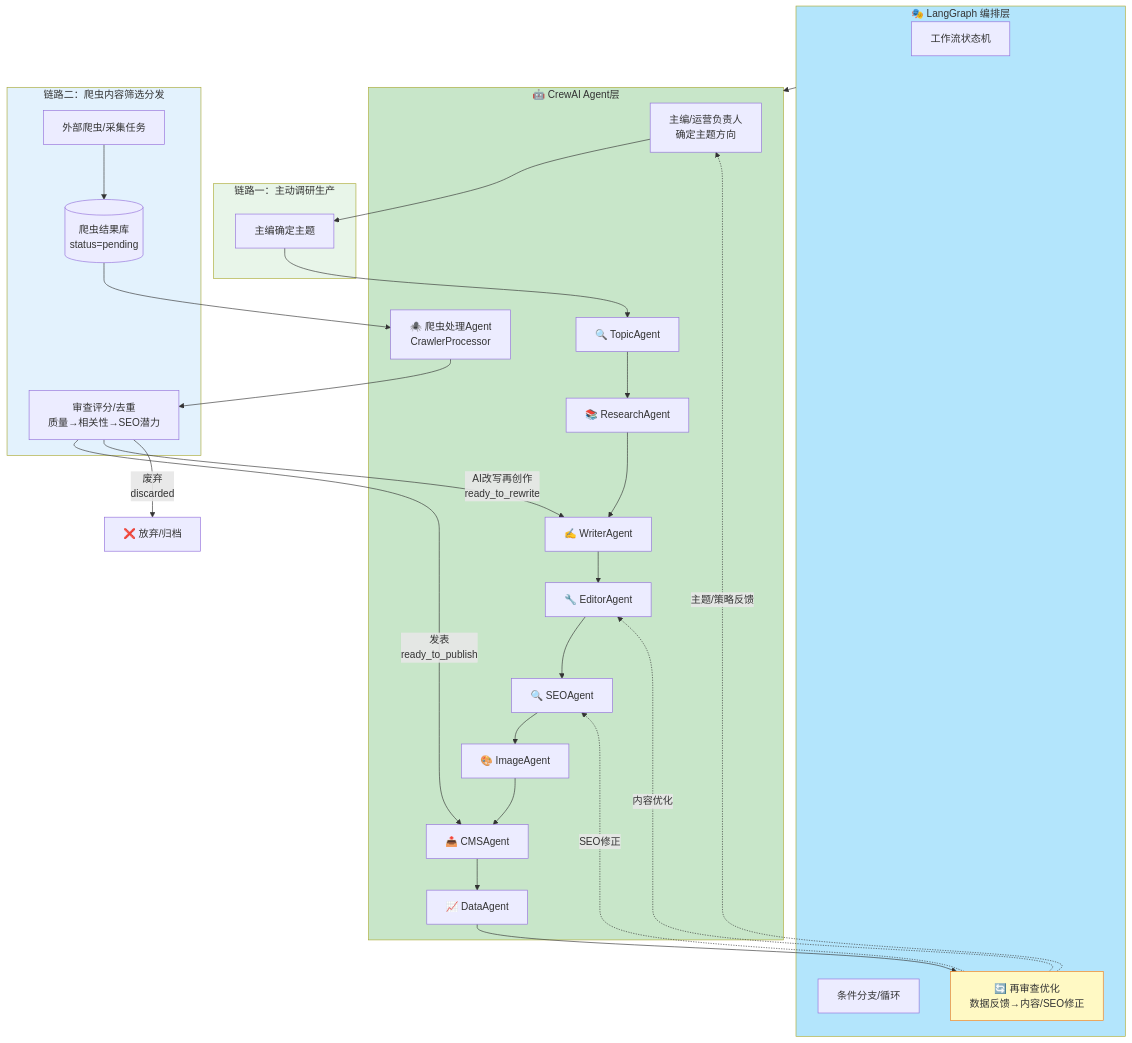
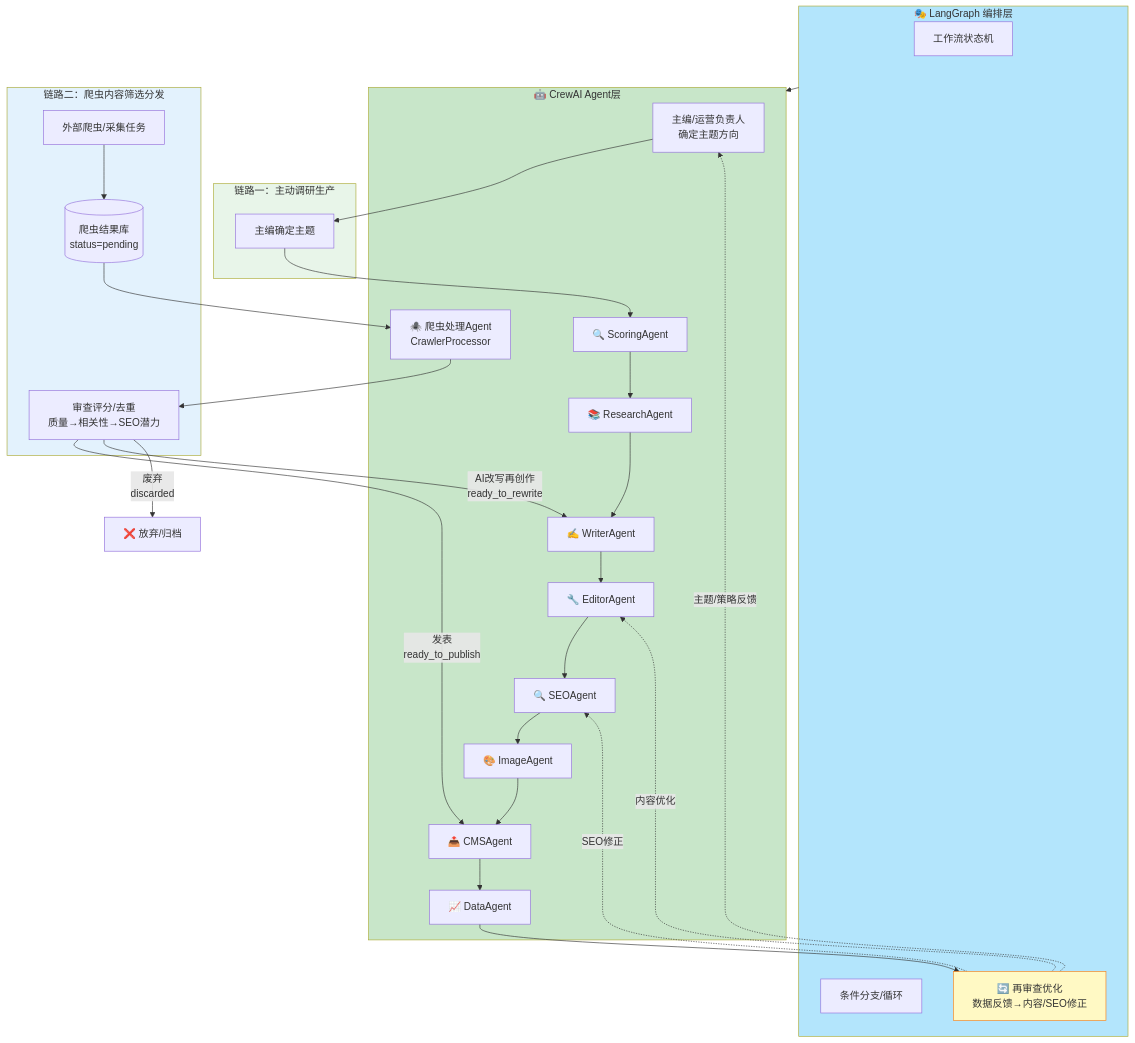
The second of 4 diagrams in 00-方案概述.md (flyingsnowzz/Multi-Agent-Automatic-Operation-Website), drawn with Mermaid before and after one commit. The commit also changed other lines of this file and 4 other files, not shown here.

````diff
--- a/00-方案概述.md
+++ b/00-方案概述.md
@@ -49,51 +49,51 @@
 ```mermaid
 flowchart TD
     subgraph LANGGRAPH["🎭 LangGraph 编排层"]
         WG["工作流状态机"]
         BRANCH["条件分支/循环"]
         EVOLVE["🔄 再审查优化\n数据反馈→内容/SEO修正"]
     end
 
     subgraph CREWAI["🤖 CrewAI Agent层"]
         CHIEF["主编/运营负责人\n确定主题方向"]
-        TOPIC["🔍 TopicAgent"]
+        TOPIC["🔍 ScoringAgent"]
         RESEARCH["📚 ResearchAgent"]
         WRITER["✍️ WriterAgent"]
         EDITOR["🔧 EditorAgent"]
         SEO["🔍 SEOAgent"]
         IMAGE["🎨 ImageAgent"]
         CMS["📤 CMSAgent"]
         DATA["📈 DataAgent"]
         CRAWLER["🕷️ 爬虫处理Agent\nCrawlerProcessor"]
     end
 
     subgraph ACTIVE_FLOW["链路一：主动调研生产"]
         ACTIVE_START["主编确定主题"] --> TOPIC
         TOPIC --> RESEARCH --> WRITER --> EDITOR --> SEO --> IMAGE --> CMS
     end
 
     subgraph CRAWLER_FLOW["链路二：爬虫内容筛选分发"]
         SPIDER["外部爬虫/采集任务"]
         CRAWLER_DB[("爬虫结果库\nstatus=pending")]
         REVIEW["审查评分/去重\n质量→相关性→SEO潜力"]
     end
 
     LANGGRAPH --> CREWAI
     CHIEF --> ACTIVE_START
     CMS --> DATA --> EVOLVE
     EVOLVE -. "主题/策略反馈" .-> CHIEF
     EVOLVE -. "内容优化" .-> EDITOR
     EVOLVE -. "SEO修正" .-> SEO
     SPIDER --> CRAWLER_DB
     CRAWLER_DB --> CRAWLER
     CRAWLER --> REVIEW
     REVIEW -->|"发表\nready_to_publish"| CMS
     REVIEW -->|"AI改写再创作\nready_to_rewrite"| WRITER
     REVIEW -->|"废弃\ndiscarded"| DISCARD["❌ 放弃/归档"]
 
     style LANGGRAPH fill:#b3e5fc
     style ACTIVE_FLOW fill:#e8f5e9
     style CRAWLER_FLOW fill:#e3f2fd
     style CREWAI fill:#c8e6c9
     style EVOLVE fill:#fff9c4,stroke:#f57f17
 ```
````
